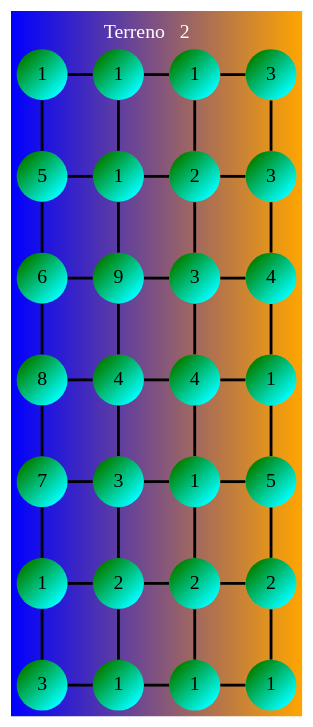
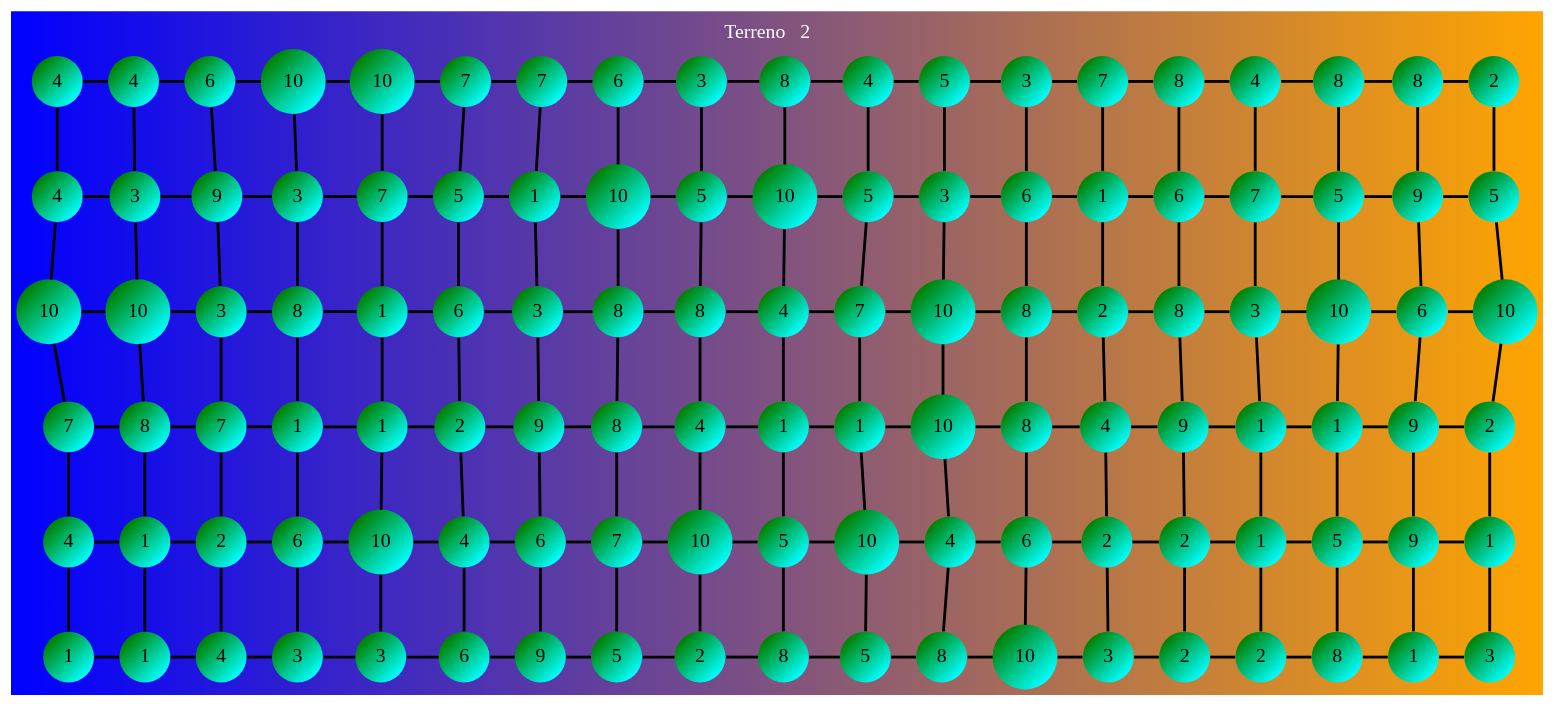
The diagram in Graficos_generados/Grafico_2.dot (Alvaro-SP/IPC2_Proyecto1_202000194), drawn with Graphviz before and after one commit. The commit also changed 18 other files, not shown here.

```diff
--- a/Graficos_generados/Grafico_2.dot
+++ b/Graficos_generados/Grafico_2.dot
@@ -1,51 +1,151 @@
 
         graph grid{
 	            layout=dot   
                 fontcolor="white" 
                 label=" Terreno   2    "    
                 labelloc = "t"
                 bgcolor="blue:orange"    
                 edge [weight=1000 style=radial color=black ]
                 node [shape=circle style="filled"  color="green:cyan" gradientangle="315"]
                 
                 edge [weight=1000 style=bold color=black]
 
-                    1 [ label="1" ]; 
-     2 [ label="1" ]; 
-     3 [ label="1" ]; 
-     4 [ label="3" ]; 
-     5 [ label="5" ]; 
-     6 [ label="1" ]; 
-     7 [ label="2" ]; 
-     8 [ label="3" ]; 
-     9 [ label="6" ]; 
-     10 [ label="9" ]; 
-     11 [ label="3" ]; 
-     12 [ label="4" ]; 
-     13 [ label="8" ]; 
-     14 [ label="4" ]; 
-     15 [ label="4" ]; 
-     16 [ label="1" ]; 
-     17 [ label="7" ]; 
-     18 [ label="3" ]; 
-     19 [ label="1" ]; 
-     20 [ label="5" ]; 
-     21 [ label="1" ]; 
-     22 [ label="2" ]; 
-     23 [ label="2" ]; 
-     24 [ label="2" ]; 
-     25 [ label="3" ]; 
+                    1 [ label="4" ]; 
+     2 [ label="4" ]; 
+     3 [ label="6" ]; 
+     4 [ label="10" ]; 
+     5 [ label="10" ]; 
+     6 [ label="7" ]; 
+     7 [ label="7" ]; 
+     8 [ label="6" ]; 
+     9 [ label="3" ]; 
+     10 [ label="8" ]; 
+     11 [ label="4" ]; 
+     12 [ label="5" ]; 
+     13 [ label="3" ]; 
+     14 [ label="7" ]; 
+     15 [ label="8" ]; 
+     16 [ label="4" ]; 
+     17 [ label="8" ]; 
+     18 [ label="8" ]; 
+     19 [ label="2" ]; 
+     20 [ label="4" ]; 
+     21 [ label="3" ]; 
+     22 [ label="9" ]; 
+     23 [ label="3" ]; 
+     24 [ label="7" ]; 
+     25 [ label="5" ]; 
      26 [ label="1" ]; 
-     27 [ label="1" ]; 
-     28 [ label="1" ]; 
- rank=same { 1--2--3--4}
- rank=same {5--6--7--8}
- rank=same {9--10--11--12}
- rank=same {13--14--15--16}
- rank=same {17--18--19--20}
- rank=same {21--22--23--24}
- rank=same {25--26--27--28}
-1--5--9--13--17--21--25
-2--6--10--14--18--22--26
-3--7--11--15--19--23--27
-4--8--12--16--20--24--28}
+     27 [ label="10" ]; 
+     28 [ label="5" ]; 
+     29 [ label="10" ]; 
+     30 [ label="5" ]; 
+     31 [ label="3" ]; 
+     32 [ label="6" ]; 
+     33 [ label="1" ]; 
+     34 [ label="6" ]; 
+     35 [ label="7" ]; 
+     36 [ label="5" ]; 
+     37 [ label="9" ]; 
+     38 [ label="5" ]; 
+     39 [ label="10" ]; 
+     40 [ label="10" ]; 
+     41 [ label="3" ]; 
+     42 [ label="8" ]; 
+     43 [ label="1" ]; 
+     44 [ label="6" ]; 
+     45 [ label="3" ]; 
+     46 [ label="8" ]; 
+     47 [ label="8" ]; 
+     48 [ label="4" ]; 
+     49 [ label="7" ]; 
+     50 [ label="10" ]; 
+     51 [ label="8" ]; 
+     52 [ label="2" ]; 
+     53 [ label="8" ]; 
+     54 [ label="3" ]; 
+     55 [ label="10" ]; 
+     56 [ label="6" ]; 
+     57 [ label="10" ]; 
+     58 [ label="7" ]; 
+     59 [ label="8" ]; 
+     60 [ label="7" ]; 
+     61 [ label="1" ]; 
+     62 [ label="1" ]; 
+     63 [ label="2" ]; 
+     64 [ label="9" ]; 
+     65 [ label="8" ]; 
+     66 [ label="4" ]; 
+     67 [ label="1" ]; 
+     68 [ label="1" ]; 
+     69 [ label="10" ]; 
+     70 [ label="8" ]; 
+     71 [ label="4" ]; 
+     72 [ label="9" ]; 
+     73 [ label="1" ]; 
+     74 [ label="1" ]; 
+     75 [ label="9" ]; 
+     76 [ label="2" ]; 
+     77 [ label="4" ]; 
+     78 [ label="1" ]; 
+     79 [ label="2" ]; 
+     80 [ label="6" ]; 
+     81 [ label="10" ]; 
+     82 [ label="4" ]; 
+     83 [ label="6" ]; 
+     84 [ label="7" ]; 
+     85 [ label="10" ]; 
+     86 [ label="5" ]; 
+     87 [ label="10" ]; 
+     88 [ label="4" ]; 
+     89 [ label="6" ]; 
+     90 [ label="2" ]; 
+     91 [ label="2" ]; 
+     92 [ label="1" ]; 
+     93 [ label="5" ]; 
+     94 [ label="9" ]; 
+     95 [ label="1" ]; 
+     96 [ label="1" ]; 
+     97 [ label="1" ]; 
+     98 [ label="4" ]; 
+     99 [ label="3" ]; 
+     100 [ label="3" ]; 
+     101 [ label="6" ]; 
+     102 [ label="9" ]; 
+     103 [ label="5" ]; 
+     104 [ label="2" ]; 
+     105 [ label="8" ]; 
+     106 [ label="5" ]; 
+     107 [ label="8" ]; 
+     108 [ label="10" ]; 
+     109 [ label="3" ]; 
+     110 [ label="2" ]; 
+     111 [ label="2" ]; 
+     112 [ label="8" ]; 
+     113 [ label="1" ]; 
+     114 [ label="3" ]; 
+ rank=same { 1--2--3--4--5--6--7--8--9--10--11--12--13--14--15--16--17--18--19}
+ rank=same {20--21--22--23--24--25--26--27--28--29--30--31--32--33--34--35--36--37--38}
+ rank=same {39--40--41--42--43--44--45--46--47--48--49--50--51--52--53--54--55--56--57}
+ rank=same {58--59--60--61--62--63--64--65--66--67--68--69--70--71--72--73--74--75--76}
+ rank=same {77--78--79--80--81--82--83--84--85--86--87--88--89--90--91--92--93--94--95}
+ rank=same {96--97--98--99--100--101--102--103--104--105--106--107--108--109--110--111--112--113--114}
+1--20--39--58--77--96
+2--21--40--59--78--97
+3--22--41--60--79--98
+4--23--42--61--80--99
+5--24--43--62--81--100
+6--25--44--63--82--101
+7--26--45--64--83--102
+8--27--46--65--84--103
+9--28--47--66--85--104
+10--29--48--67--86--105
+11--30--49--68--87--106
+12--31--50--69--88--107
+13--32--51--70--89--108
+14--33--52--71--90--109
+15--34--53--72--91--110
+16--35--54--73--92--111
+17--36--55--74--93--112
+18--37--56--75--94--113
+19--38--57--76--95--114}
```
